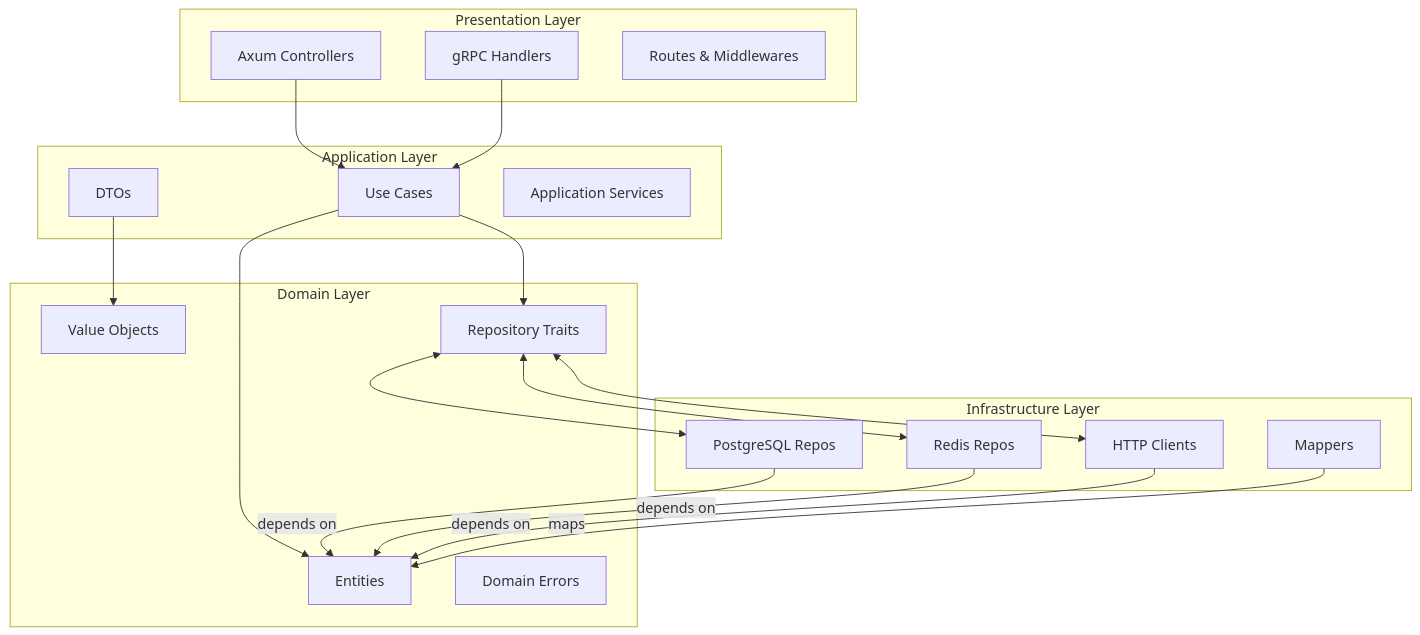
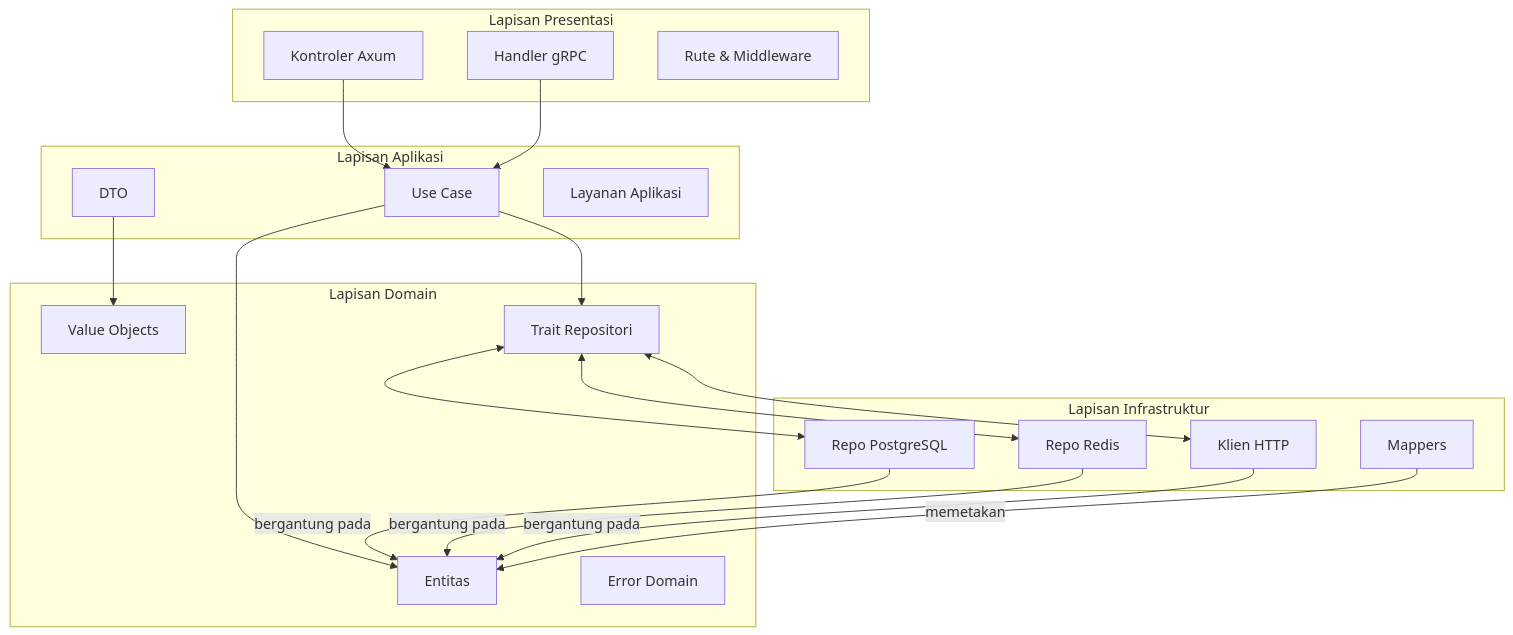
Before and after one commit to advprog-2026-A14-project/yomu-docs: the third of 4 diagrams in content/docs/backend-rust/index.mdx, drawn with Mermaid. The commit also changed other lines of this file and 30 other files, not shown here.

````diff
--- a/content/docs/backend-rust/index.mdx
+++ b/content/docs/backend-rust/index.mdx
@@ -214,41 +214,41 @@
 ```mermaid
 graph TD
-    subgraph "Presentation Layer"
-        A1[Axum Controllers]
-        A2[gRPC Handlers]
-        A3[Routes & Middlewares]
+    subgraph "Lapisan Presentasi"
+        A1[Kontroler Axum]
+        A2[Handler gRPC]
+        A3[Rute & Middleware]
     end
     
-    subgraph "Application Layer"
-        B1[Use Cases]
-        B2[DTOs]
-        B3[Application Services]
+    subgraph "Lapisan Aplikasi"
+        B1[Use Case]
+        B2[DTO]
+        B3[Layanan Aplikasi]
     end
     
-    subgraph "Domain Layer"
-        C1[Entities]
+    subgraph "Lapisan Domain"
+        C1[Entitas]
         C2[Value Objects]
-        C3[Repository Traits]
-        C4[Domain Errors]
+        C3[Trait Repositori]
+        C4[Error Domain]
     end
     
-    subgraph "Infrastructure Layer"
-        D1[PostgreSQL Repos]
-        D2[Redis Repos]
-        D3[HTTP Clients]
+    subgraph "Lapisan Infrastruktur"
+        D1[Repo PostgreSQL]
+        D2[Repo Redis]
+        D3[Klien HTTP]
         D4[Mappers]
     end
     
     A1 --> B1
     A2 --> B1
     B1 --> C1
     B1 --> C3
     B2 --> C2
     C3 <--> D1
     C3 <--> D2
     C3 <--> D3
-    D1 -->|depends on| C1
-    D2 -->|depends on| C1
-    D3 -->|depends on| C1
-    D4 -->|maps| C1
+    D1 -->|bergantung pada| C1
+    D2 -->|bergantung pada| C1
+    D3 -->|bergantung pada| C1
+    D4 -->|memetakan| C1
 ```
````
